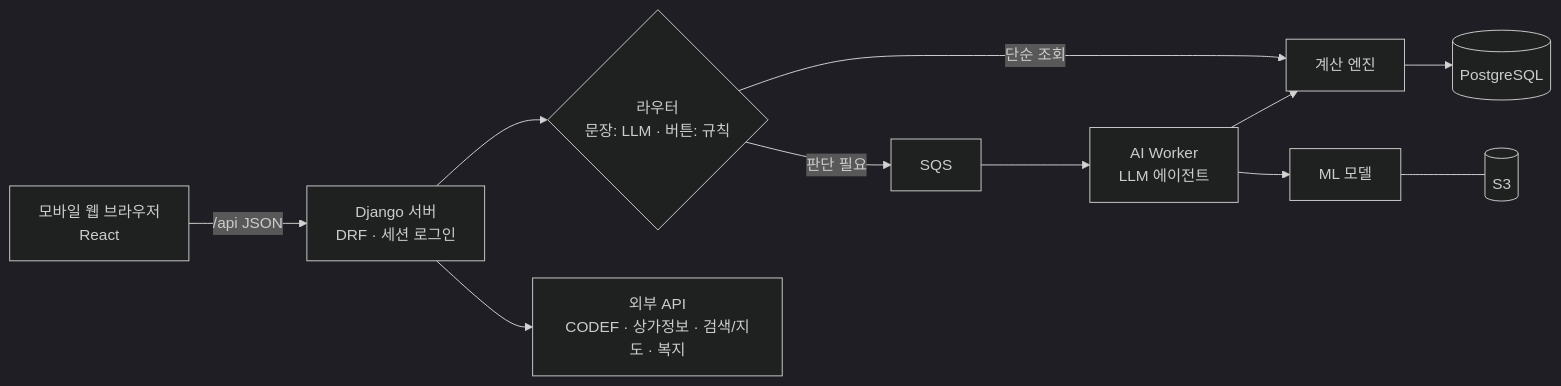
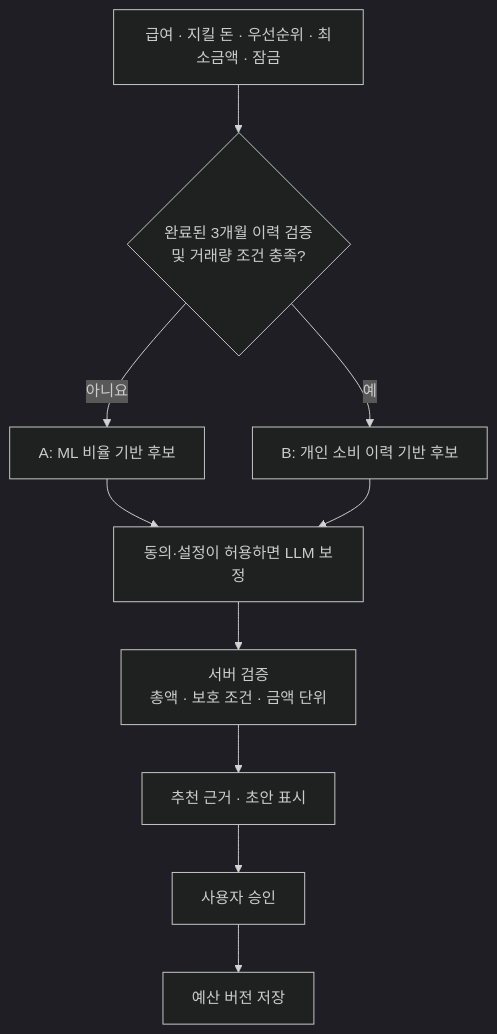
The second of 2 diagrams in README.md (20260528-skn-family-ai-33/SKN33-Final-4Team), drawn with Mermaid (dark theme) before and after one commit. The commit also changed other lines of this file, not shown here.

````diff
--- a/README.md
+++ b/README.md
@@ -49,12 +78,12 @@
 ```mermaid
-flowchart LR
-    U[모바일 웹 브라우저<br/>React] -- /api JSON --> API[Django 서버<br/>DRF · 세션 로그인]
-    API --> R{"라우터<br/>문장: LLM · 버튼: 규칙"}
-    R -- 단순 조회 --> E[계산 엔진]
-    R -- 판단 필요 --> Q[SQS] --> W[AI Worker<br/>LLM 에이전트]
-    W --> E
-    W --> ML[ML 모델]
-    E --> DB[(PostgreSQL)]
-    ML --- S3[(S3)]
-    API --> EXT[외부 API<br/>CODEF · 상가정보 · 검색/지도 · 복지]
+flowchart TD
+    I[급여 · 지킬 돈 · 우선순위 · 최소금액 · 잠금] --> H{완료된 3개월 이력 검증<br/>및 거래량 조건 충족?}
+    H -- 아니요 --> A[A: ML 비율 기반 후보]
+    H -- 예 --> B[B: 개인 소비 이력 기반 후보]
+    A --> C[동의·설정이 허용하면 LLM 보정]
+    B --> C
+    C --> V[서버 검증<br/>총액 · 보호 조건 · 금액 단위]
+    V --> P[추천 근거 · 초안 표시]
+    P --> U[사용자 승인]
+    U --> S[예산 버전 저장]
 ```
````
